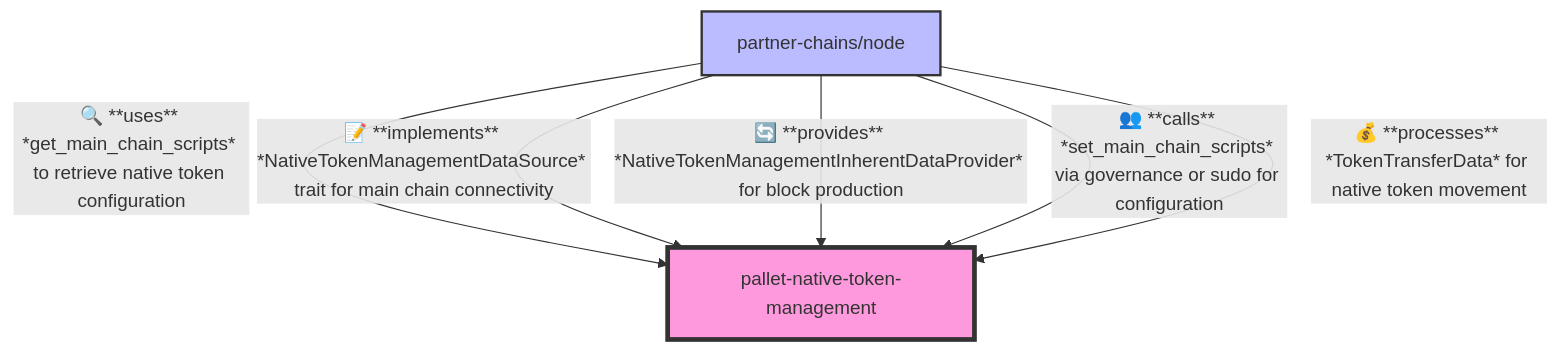
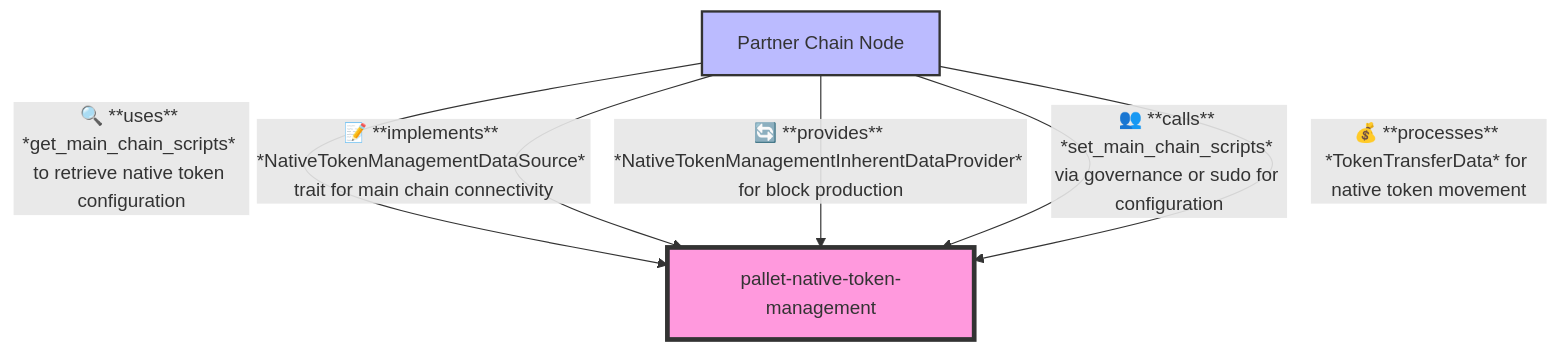
The second of 2 diagrams in toolkit/pallets/native-token-management/README.md (input-output-hk/partner-chains), drawn with Mermaid before and after one commit. The commit also changed 4 other files, not shown here.

````diff
--- a/toolkit/pallets/native-token-management/README.md
+++ b/toolkit/pallets/native-token-management/README.md
@@ -249,18 +249,18 @@
 ```mermaid
 graph TB
     classDef main fill:#f9d,stroke:#333,stroke-width:4px
     classDef consumer fill:#bbf,stroke:#333,stroke-width:2px
 
 %% Node (positioned above)
-    node[partner-chains/node]:::consumer
+    node[Partner Chain Node]:::consumer
 
 %% Main pallet (in the middle)
     nativeTokenManagement[pallet-native-token-management]:::main
 
 %% Relationships between node and pallet
     node -->|🔍 **uses** *get_main_chain_scripts* to retrieve native token configuration| nativeTokenManagement
     node -->|📝 **implements** *NativeTokenManagementDataSource* trait for main chain connectivity| nativeTokenManagement
     node -->|🔄 **provides** *NativeTokenManagementInherentDataProvider* for block production| nativeTokenManagement
     node -->|👥 **calls** *set_main_chain_scripts* via governance or sudo for configuration| nativeTokenManagement
     node -->|💰 **processes** *TokenTransferData* for native token movement| nativeTokenManagement
 ```
````
